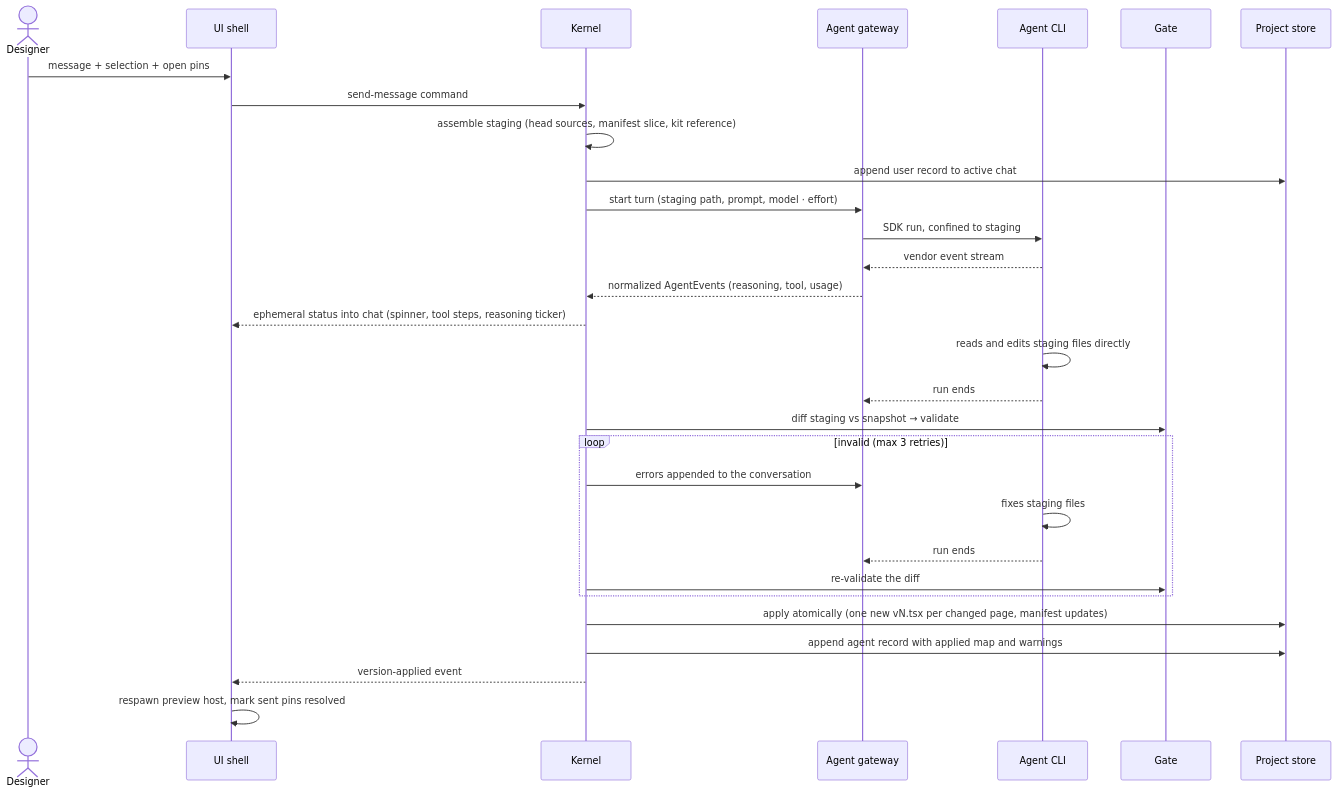
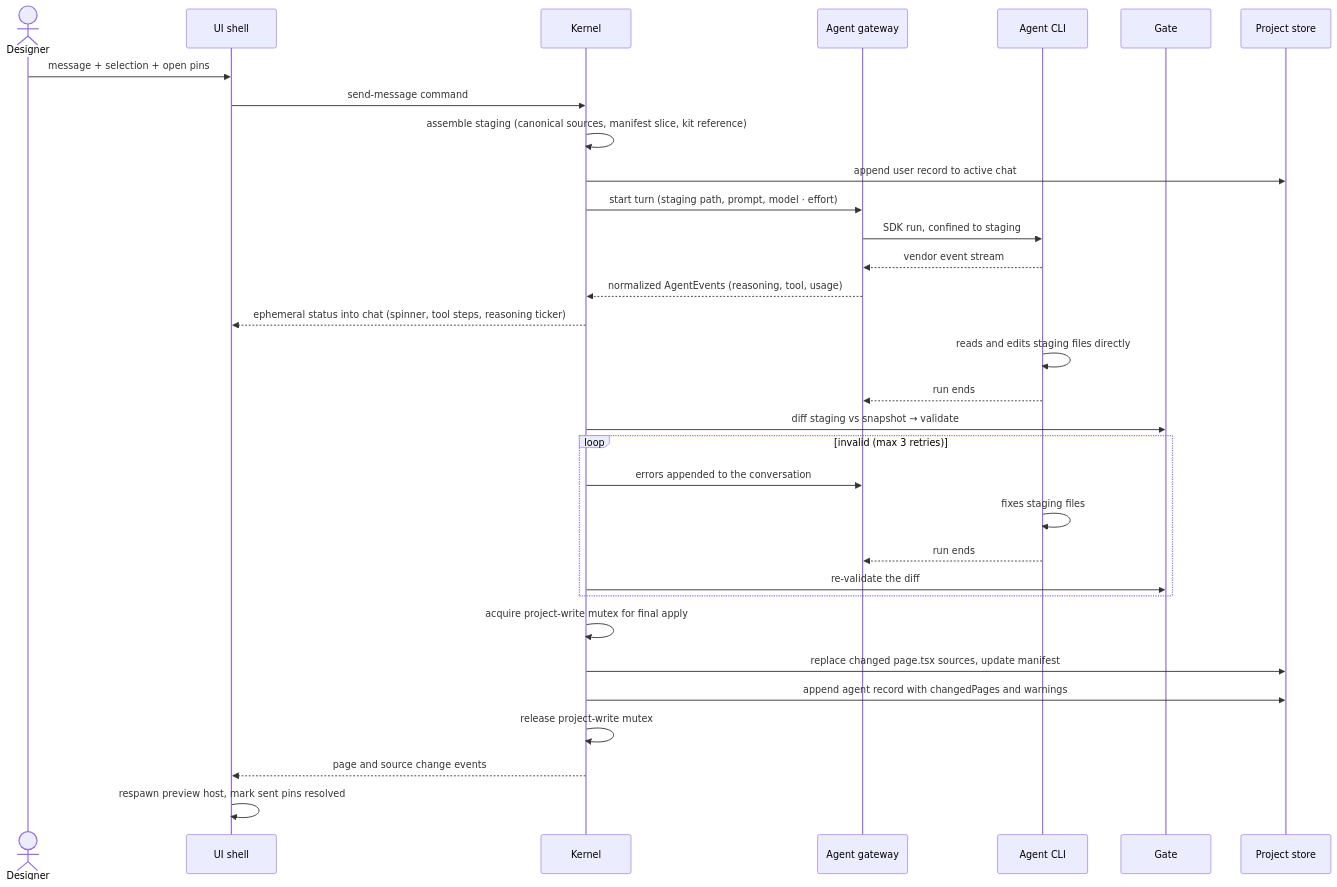
One commit to khmilevoi/termcraft changed the diagram in docs/architecture/flows/generation-turn.md. Above: the diagram before and after it, drawn with Mermaid. The commit also changed other lines of this file and 2 other files, not shown here.

Commit message:
docs(architecture): document Git-backed page history

````diff
--- a/docs/architecture/flows/generation-turn.md
+++ b/docs/architecture/flows/generation-turn.md
@@ -3,33 +3,35 @@
 ```mermaid
 sequenceDiagram
     actor U as Designer
     participant UI as UI shell
     participant K as Kernel
     participant G as Agent gateway
     participant C as Agent CLI
     participant V as Gate
     participant S as Project store
 
     U->>UI: message + selection + open pins
     UI->>K: send-message command
-    K->>K: assemble staging (head sources, manifest slice, kit reference)
+    K->>K: assemble staging (canonical sources, manifest slice, kit reference)
     K->>S: append user record to active chat
     K->>G: start turn (staging path, prompt, model · effort)
     G->>C: SDK run, confined to staging
     C-->>G: vendor event stream
     G-->>K: normalized AgentEvents (reasoning, tool, usage)
     K-->>UI: ephemeral status into chat (spinner, tool steps, reasoning ticker)
     C->>C: reads and edits staging files directly
     C-->>G: run ends
     K->>V: diff staging vs snapshot → validate
     loop invalid (max 3 retries)
         K->>G: errors appended to the conversation
         C->>C: fixes staging files
         C-->>G: run ends
         K->>V: re-validate the diff
     end
-    K->>S: apply atomically (one new vN.tsx per changed page, manifest updates)
-    K->>S: append agent record with applied map and warnings
-    K-->>UI: version-applied event
+    K->>K: acquire project-write mutex for final apply
+    K->>S: replace changed page.tsx sources, update manifest
+    K->>S: append agent record with changedPages and warnings
+    K->>K: release project-write mutex
+    K-->>UI: page and source change events
     UI->>UI: respawn preview host, mark sent pins resolved
 ```
````
